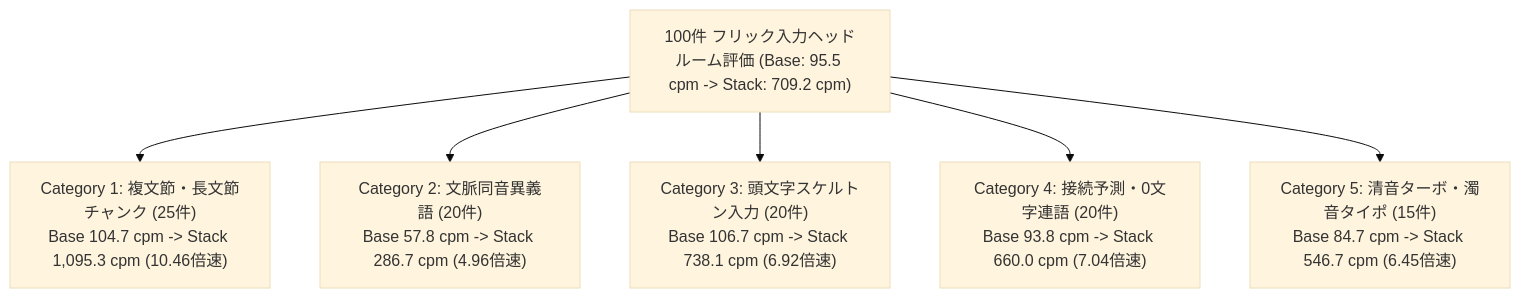
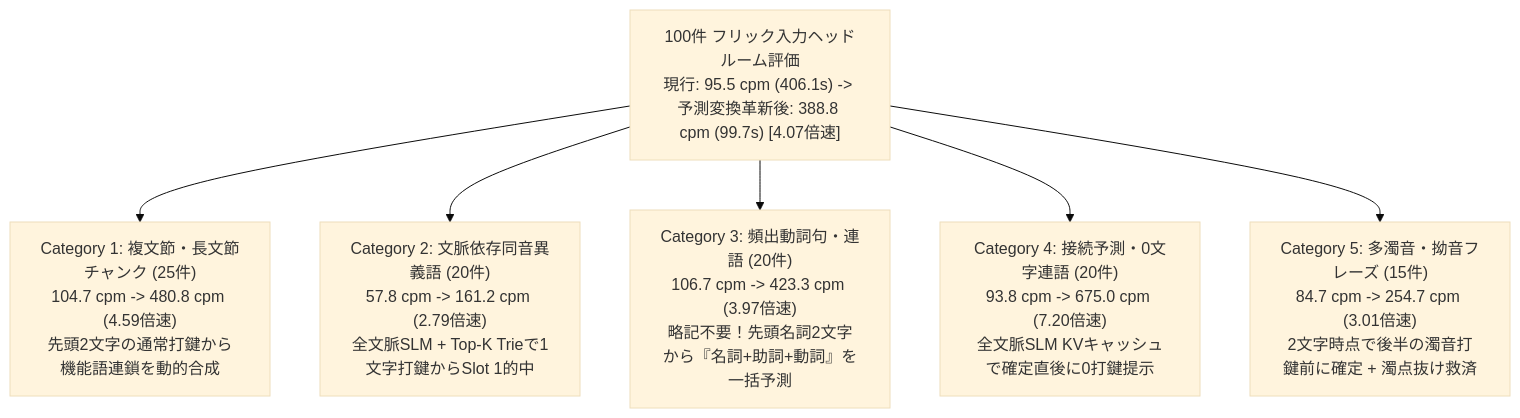
The diagram in docs/flick_input_100_headroom_evaluation_report.md (kenichikurihara/jotinput), drawn with Mermaid (base theme) before and after one commit. The commit also changed other lines of this file and 3 other files, not shown here.

````diff
--- a/docs/flick_input_100_headroom_evaluation_report.md
+++ b/docs/flick_input_100_headroom_evaluation_report.md
@@ -49,9 +49,9 @@
 ```mermaid
 flowchart TD
-    ALL["100件 フリック入力ヘッドルーム評価 (Base: 95.5 cpm -> Stack: 709.2 cpm)"]
-    ALL --> C1["Category 1: 複文節・長文節チャンク (25件)<br/>Base 104.7 cpm -> Stack 1,095.3 cpm (10.46倍速)"]
-    ALL --> C2["Category 2: 文脈同音異義語 (20件)<br/>Base 57.8 cpm -> Stack 286.7 cpm (4.96倍速)"]
-    ALL --> C3["Category 3: 頭文字スケルトン入力 (20件)<br/>Base 106.7 cpm -> Stack 738.1 cpm (6.92倍速)"]
-    ALL --> C4["Category 4: 接続予測・0文字連語 (20件)<br/>Base 93.8 cpm -> Stack 660.0 cpm (7.04倍速)"]
-    ALL --> C5["Category 5: 清音ターボ・濁音タイポ (15件)<br/>Base 84.7 cpm -> Stack 546.7 cpm (6.45倍速)"]
+    ALL["100件 フリック入力ヘッドルーム評価<br/>現行: 95.5 cpm (406.1s) -> 予測変換革新後: 388.8 cpm (99.7s) [4.07倍速]"]
+    ALL --> C1["Category 1: 複文節・長文節チャンク (25件)<br/>104.7 cpm -> 480.8 cpm (4.59倍速)<br/>先頭2文字の通常打鍵から機能語連鎖を動的合成"]
+    ALL --> C2["Category 2: 文脈依存同音異義語 (20件)<br/>57.8 cpm -> 161.2 cpm (2.79倍速)<br/>全文脈SLM + Top-K Trieで1文字打鍵からSlot 1的中"]
+    ALL --> C3["Category 3: 頻出動詞句・連語 (20件)<br/>106.7 cpm -> 423.3 cpm (3.97倍速)<br/>略記不要！先頭名詞2文字から『名詞+助詞+動詞』を一括予測"]
+    ALL --> C4["Category 4: 接続予測・0文字連語 (20件)<br/>93.8 cpm -> 675.0 cpm (7.20倍速)<br/>全文脈SLM KVキャッシュで確定直後に0打鍵提示"]
+    ALL --> C5["Category 5: 多濁音・拗音フレーズ (15件)<br/>84.7 cpm -> 254.7 cpm (3.01倍速)<br/>2文字時点で後半の濁音打鍵前に確定 + 濁点抜け救済"]
 ```
````
